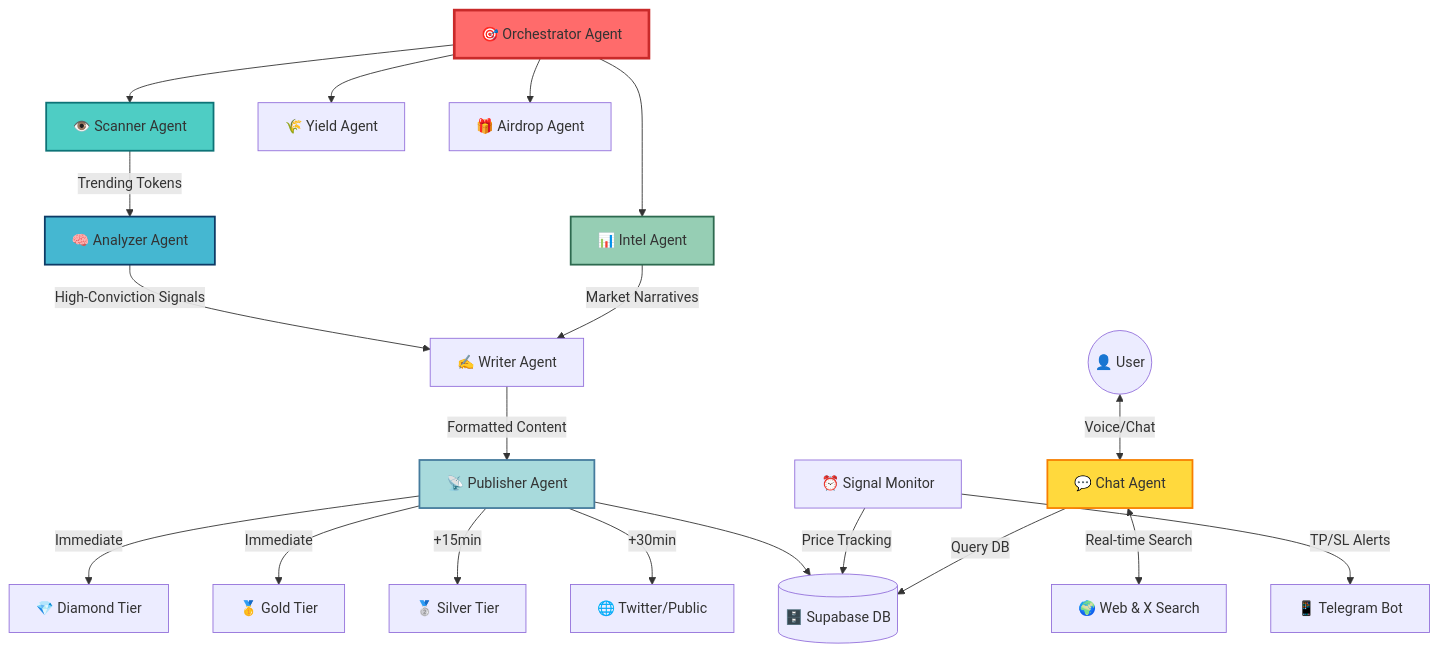
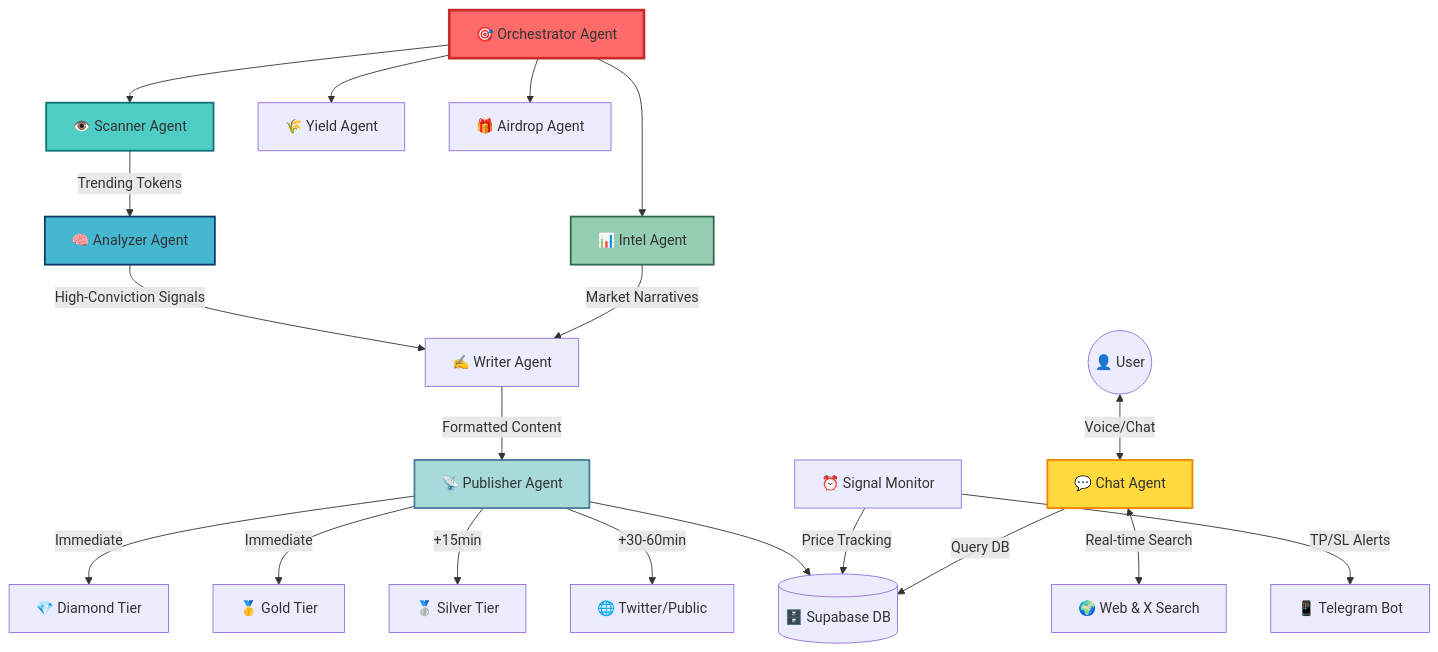
One commit to zaikaman/RogueAgent changed the diagram in README.md. Above: the diagram before and after it, drawn with Mermaid. The commit also changed other lines of this file and 14 other files, not shown here.

````diff
--- a/README.md
+++ b/README.md
@@ -95,32 +95,32 @@
 ```mermaid
 graph TD
     Orchestrator[🎯 Orchestrator Agent] --> Scanner[👁️ Scanner Agent]
     Orchestrator --> Intel[📊 Intel Agent]
     Orchestrator --> Yield[🌾 Yield Agent]
     Orchestrator --> Airdrop[🎁 Airdrop Agent]
     
     Scanner -->|Trending Tokens| Analyzer[🧠 Analyzer Agent]
     Analyzer -->|High-Conviction Signals| Writer[✍️ Writer Agent]
     Intel -->|Market Narratives| Writer
     
     Writer -->|Formatted Content| Publisher[📡 Publisher Agent]
     Publisher -->|Immediate| Diamond[💎 Diamond Tier]
     Publisher -->|Immediate| Gold[🥇 Gold Tier]
     Publisher -->|+15min| Silver[🥈 Silver Tier]
-    Publisher -->|+30min| Public[🌐 Twitter/Public]
+    Publisher -->|+30-60min| Public[🌐 Twitter/Public]
     Publisher --> DB[(🗄️ Supabase DB)]
     
     Monitor[⏰ Signal Monitor] -->|Price Tracking| DB
     Monitor -->|TP/SL Alerts| Telegram[📱 Telegram Bot]
     
     User((👤 User)) <-->|Voice/Chat| ChatAgent[💬 Chat Agent]
     ChatAgent <-->|Real-time Search| Web[🌍 Web & X Search]
     ChatAgent -->|Query DB| DB
     
     style Orchestrator fill:#ff6b6b,stroke:#c92a2a,stroke-width:3px
     style Scanner fill:#4ecdc4,stroke:#0d7377,stroke-width:2px
     style Analyzer fill:#45b7d1,stroke:#0d3b66,stroke-width:2px
     style Intel fill:#96ceb4,stroke:#2d6a4f,stroke-width:2px
     style ChatAgent fill:#ffd93d,stroke:#f77f00,stroke-width:2px
     style Publisher fill:#a8dadc,stroke:#457b9d,stroke-width:2px
 ```
````
